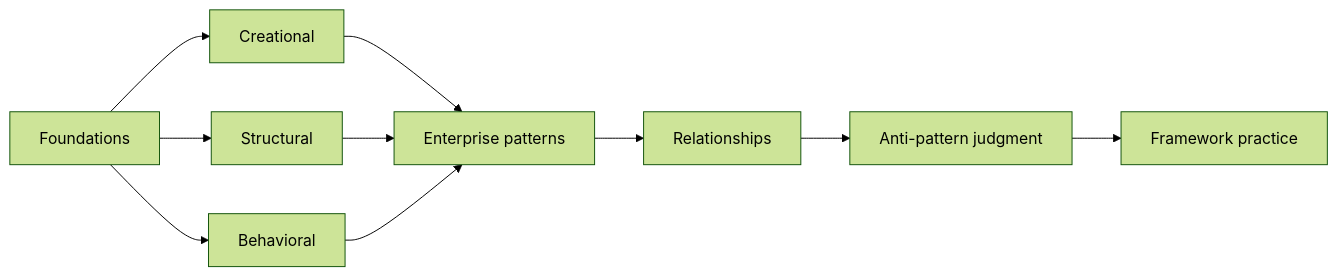
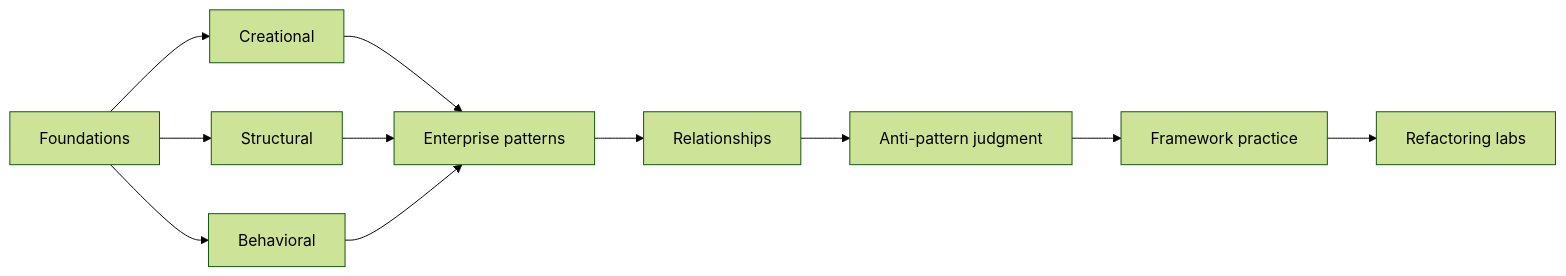
Before and after one commit to YosrBennagra/design-patterns: the diagram in README.md, drawn with Mermaid (forest theme). The commit also changed other lines of this file and 11 other files, not shown here.

First line of the commit message:
Deepen pattern practice with framework-aware refactoring labs

````diff
--- a/README.md
+++ b/README.md
@@ -18,12 +19,13 @@
 ```mermaid
 flowchart LR
   F[Foundations] --> C[Creational]
   F --> S[Structural]
   F --> B[Behavioral]
   C --> E[Enterprise patterns]
   S --> E
   B --> E
   E --> R[Relationships]
   R --> A[Anti-pattern judgment]
   A --> J[Framework practice]
+  J --> P[Refactoring labs]
 ```
````
